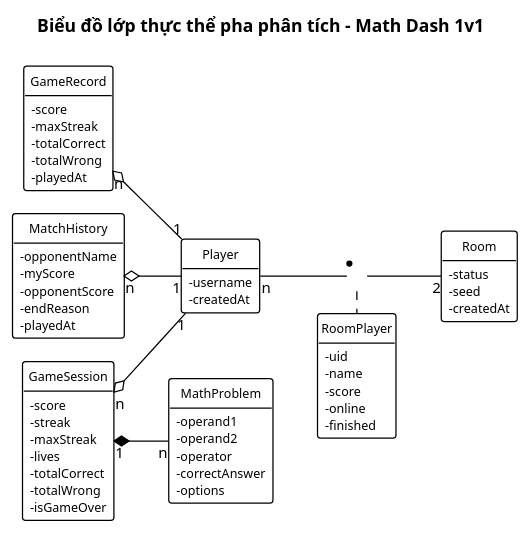
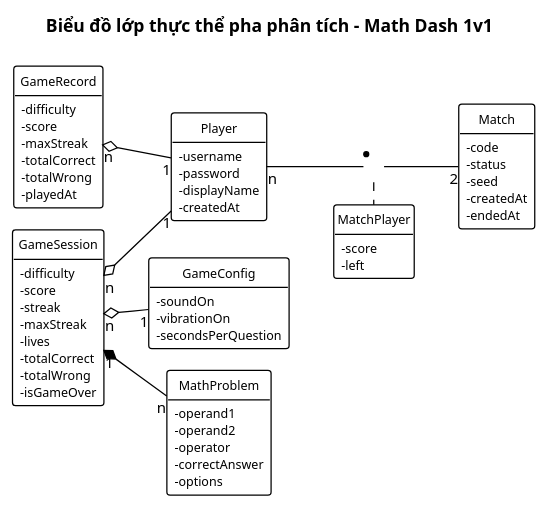
Before and after one commit to HungNguyenBa1811/math-dash: the diagram in docs/chung/lop-thuc-the-phan-tich.puml, drawn with PlantUML. The commit also changed 2 other files, not shown here.

Commit message:
docs(M1-02): lớp thực thể phân tích theo phạm vi MVP (Match, MatchPlayer, GameConfig)
Refs #23

```diff
--- a/docs/chung/lop-thuc-the-phan-tich.puml
+++ b/docs/chung/lop-thuc-the-phan-tich.puml
@@ -1,79 +1,81 @@
 @startuml lop-thuc-the-phan-tich
 !pragma layout smetana
 ' === VP Base Theme v2 ===
 skinparam defaultFontName "Segoe UI"
 skinparam defaultFontSize 12
 skinparam shadowing false
 skinparam arrowColor #000000
 skinparam lineColor #000000
 hide circle
 hide empty members
 skinparam classAttributeIconSize 0
 skinparam class {
   BackgroundColor #FFFFFF
   BorderColor #000000
   FontColor #000000
   FontSize 11
   AttributeFontSize 10
   BorderThickness 1
 }
 left to right direction
 title Biểu đồ lớp thực thể pha phân tích – Math Dash 1v1
 
 class Player {
   - username
+  - password
+  - displayName
   - createdAt
+}
+class GameConfig {
+  - soundOn
+  - vibrationOn
+  - secondsPerQuestion
 }
 class MathProblem {
   - operand1
   - operand2
   - operator
   - correctAnswer
   - options
 }
 class GameSession {
+  - difficulty
   - score
   - streak
   - maxStreak
   - lives
   - totalCorrect
   - totalWrong
   - isGameOver
 }
 class GameRecord {
+  - difficulty
   - score
   - maxStreak
   - totalCorrect
   - totalWrong
   - playedAt
 }
-class Room {
+class Match {
+  - code
   - status
   - seed
   - createdAt
+  - endedAt
 }
-class RoomPlayer {
-  - uid
-  - name
+class MatchPlayer {
   - score
-  - online
-  - finished
-}
-class MatchHistory {
-  - opponentName
-  - myScore
-  - opponentScore
-  - endReason
-  - playedAt
+  - left
 }
 
-' Thông tin A nằm trong B: hình thoi đặt ở B
+' Thông tin A nằm trong B: hình thoi rỗng đặt ở B
 GameSession "n" o-- "1" Player
 GameRecord "n" o-- "1" Player
-MatchHistory "n" o-- "1" Player
+GameSession "n" o-- "1" GameConfig
+' Câu hỏi chỉ tồn tại trong ván chơi: hình thoi đặc
 GameSession "1" *-- "n" MathProblem
 
-' Quan hệ n-n Người chơi – Phòng đấu (mỗi phòng tối đa 2 người), lớp liên kết RoomPlayer
-Player "n" -- "2" Room
-(Player, Room) .. RoomPlayer
+' Quan hệ n-n Người chơi – Trận đấu (mỗi trận đúng 2 người), lớp liên kết MatchPlayer
+Player "n" -- "2" Match
+(Player, Match) .. MatchPlayer
 @enduml
```
